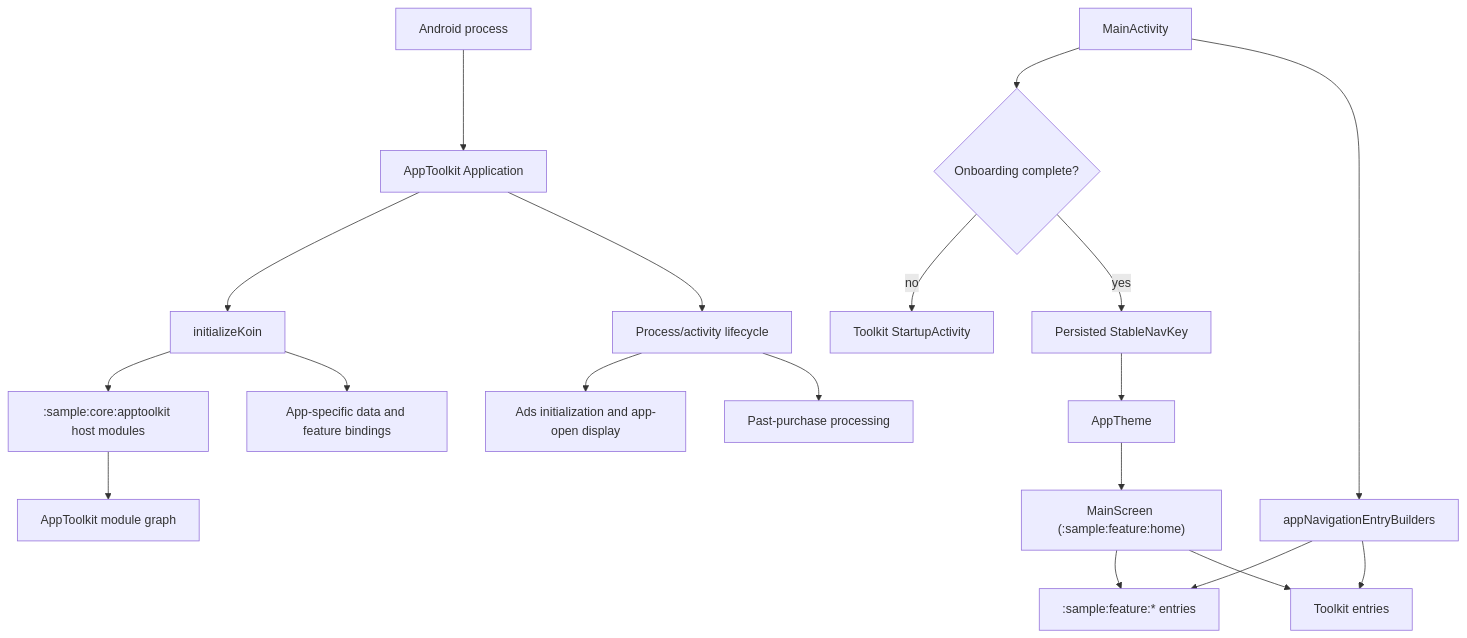
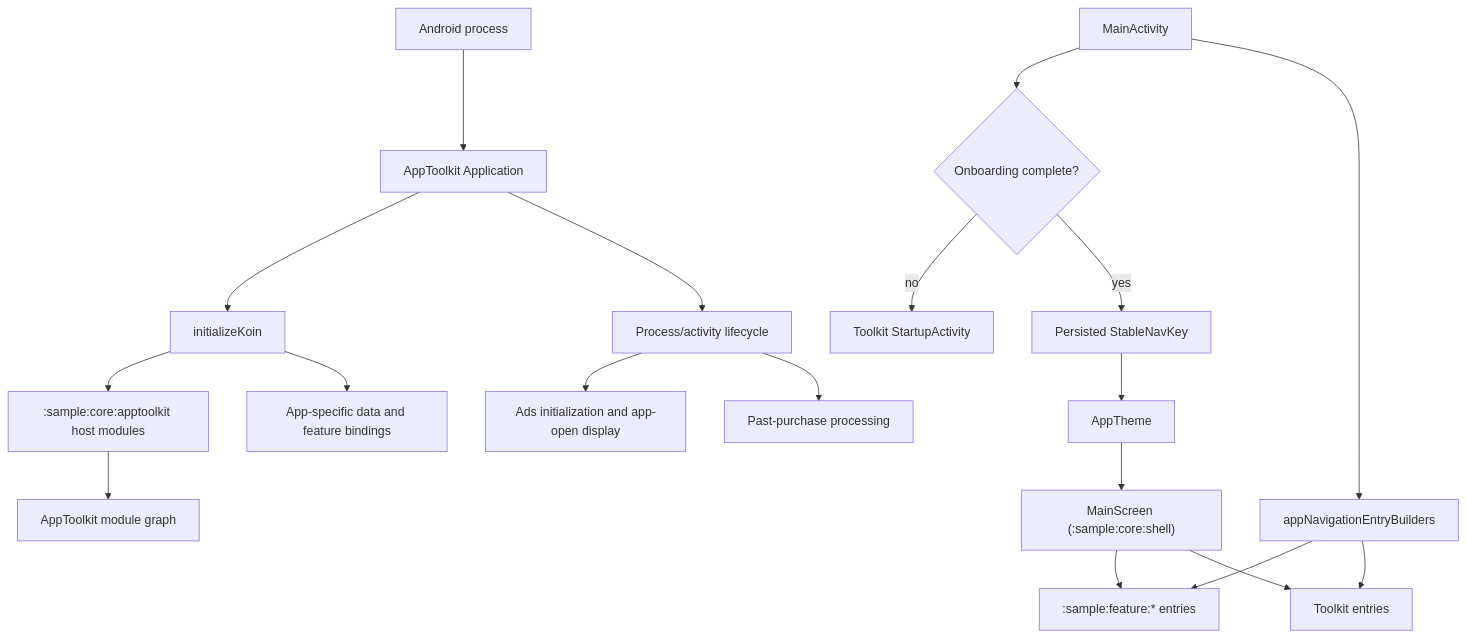
Before and after one commit to MihaiCristianCondrea/App-Toolkit-for-Android: the diagram in sample/app/README.md, drawn with Mermaid. The commit also changed 131 other files, not shown here.

````diff
--- a/sample/app/README.md
+++ b/sample/app/README.md
@@ -48,21 +48,21 @@
 ```mermaid
 flowchart TD
     Process[Android process] --> App[AppToolkit Application]
     App --> Koin[initializeKoin]
     Koin --> Adapter[":sample:core:apptoolkit host modules"]
     Adapter --> Facade[AppToolkit module graph]
     Koin --> HostModules[App-specific data and feature bindings]
     App --> Lifecycle[Process/activity lifecycle]
     Lifecycle --> Ads[Ads initialization and app-open display]
     Lifecycle --> Billing[Past-purchase processing]
     Launcher[MainActivity] --> FirstRun{Onboarding complete?}
     FirstRun -->|no| Startup[Toolkit StartupActivity]
     FirstRun -->|yes| Route[Persisted StableNavKey]
     Route --> Theme[AppTheme]
-    Theme --> Shell["MainScreen (:sample:feature:home)"]
+    Theme --> Shell["MainScreen (:sample:core:shell)"]
     Launcher --> Builders[appNavigationEntryBuilders]
     Builders --> HostEntries[":sample:feature:* entries"]
     Builders --> ToolkitEntries[Toolkit entries]
     Shell --> HostEntries
     Shell --> ToolkitEntries
 ```
````
